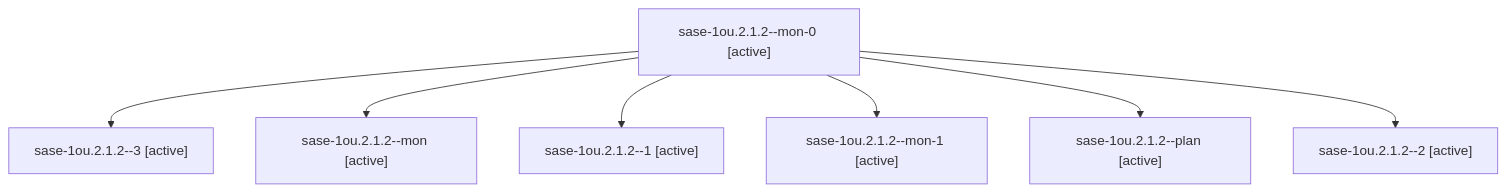
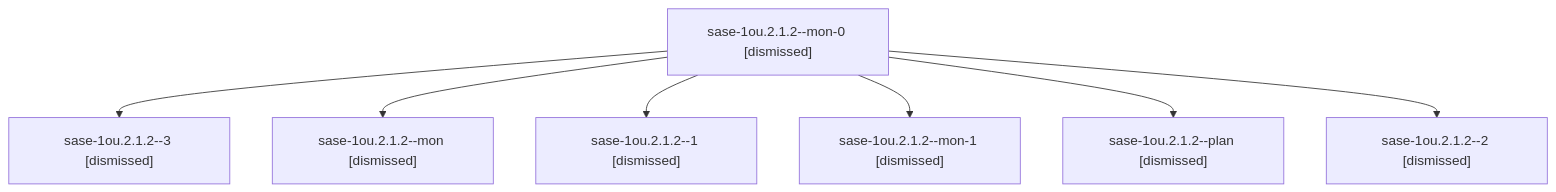
One commit to sase-org/sase--agents changed the diagram in sessions/bbugyi200.athena.sase-1ou.2.1.2.md. Above: the diagram before and after it, drawn with Mermaid. The commit also changed other lines of this file and 75 other files, not shown here.

````diff
--- a/sessions/bbugyi200.athena.sase-1ou.2.1.2.md
+++ b/sessions/bbugyi200.athena.sase-1ou.2.1.2.md
@@ -9,16 +9,16 @@
 ```mermaid
 flowchart TD
-  n0["sase-1ou.2.1.2--mon-0 [active]"]
-  n1["sase-1ou.2.1.2--3 [active]"]
+  n0["sase-1ou.2.1.2--mon-0 [dismissed]"]
+  n1["sase-1ou.2.1.2--3 [dismissed]"]
   n0 --> n1
-  n2["sase-1ou.2.1.2--mon [active]"]
+  n2["sase-1ou.2.1.2--mon [dismissed]"]
   n0 --> n2
-  n3["sase-1ou.2.1.2--1 [active]"]
+  n3["sase-1ou.2.1.2--1 [dismissed]"]
   n0 --> n3
-  n4["sase-1ou.2.1.2--mon-1 [active]"]
+  n4["sase-1ou.2.1.2--mon-1 [dismissed]"]
   n0 --> n4
-  n5["sase-1ou.2.1.2--plan [active]"]
+  n5["sase-1ou.2.1.2--plan [dismissed]"]
   n0 --> n5
-  n6["sase-1ou.2.1.2--2 [active]"]
+  n6["sase-1ou.2.1.2--2 [dismissed]"]
   n0 --> n6
 ```
````
